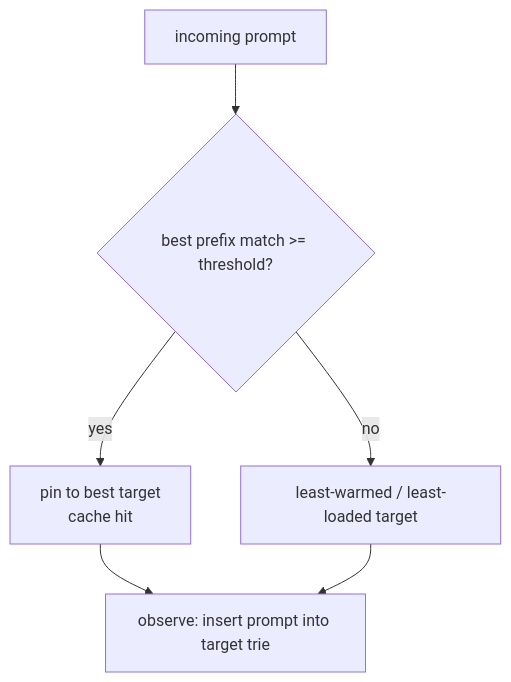
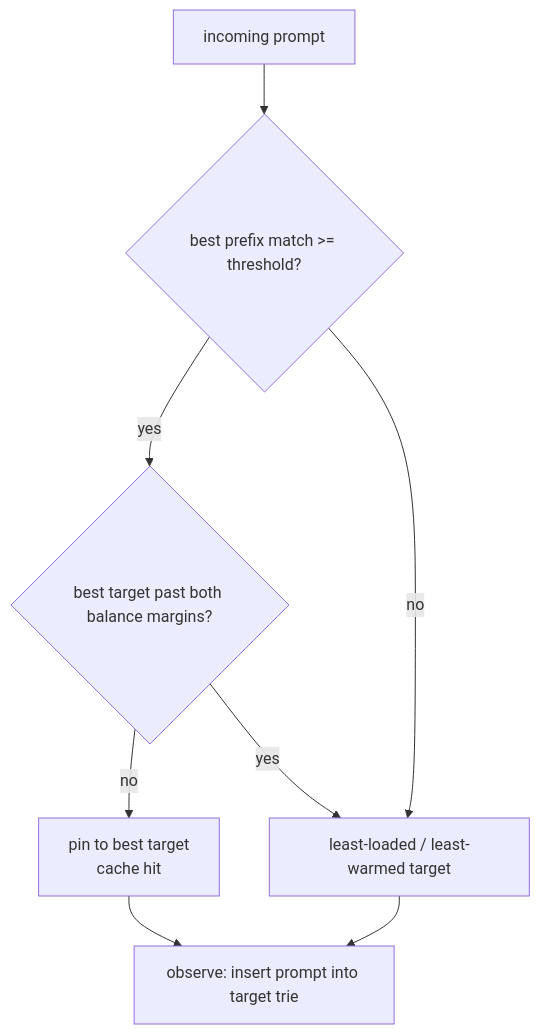
The diagram in docs/dev-docs/architecture/caching.md (rolter-ai/rolter), drawn with Mermaid before and after one commit. The commit also changed other lines of this file and 31 other files, not shown here.

First line of the commit message:
fix(gateway): balance cache-aware routes and expose provider queues [#1851] (#1863)

````diff
--- a/docs/dev-docs/architecture/caching.md
+++ b/docs/dev-docs/architecture/caching.md
@@ -16,8 +28,10 @@
 ```mermaid
 flowchart TD
   R[incoming prompt] --> S{best prefix match >= threshold?}
-  S -- yes --> P[pin to best target<br/>cache hit]
-  S -- no --> L[least-warmed / least-loaded target]
+  S -- yes --> B{best target past both balance margins?}
+  B -- no --> P[pin to best target<br/>cache hit]
+  B -- yes --> L
+  S -- no --> L[least-loaded / least-warmed target]
   P --> O[observe: insert prompt into target trie]
   L --> O
 ```
````
